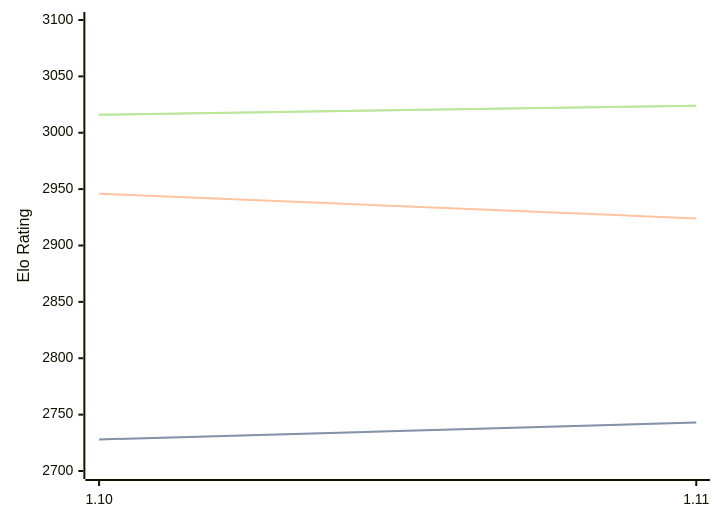
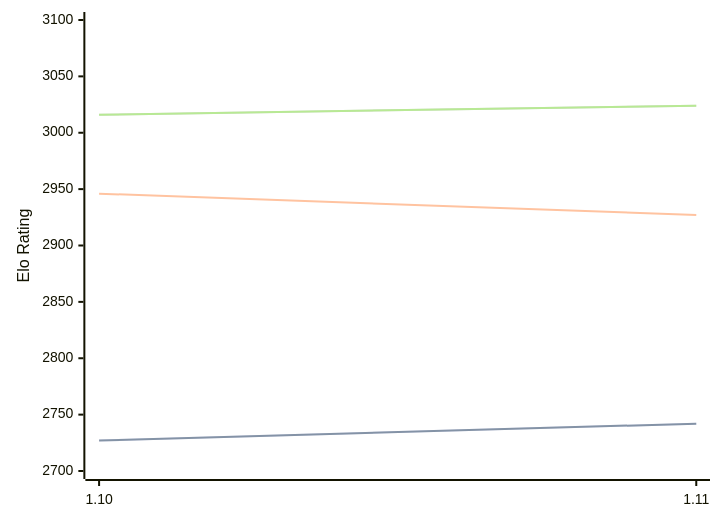
One commit to computer-chess-index/cci changed the first of 3 diagrams in engines/Roc.md. Above: the diagram before and after it, drawn with Mermaid. The commit also changed other lines of this file, not shown here.

````diff
--- a/engines/Roc.md
+++ b/engines/Roc.md
@@ -65,11 +65,11 @@
 ```mermaid
 %%{init: {"theme":"base","themeVariables":{"seriesColors:['#a3a3a3','#222221','#faa371']}}}%%
 xychart-beta
   x-axis ["1.10", "1.11"]
   y-axis "Elo Rating" 2700 --> 3100
-  line "STC (8.0+0.08s)" [2728, 2743]
-  line "STC (8.0+0.08s)" [2728, 2743]
-  line "LTC (60.0+0.60s)" [2946, 2924]
+  line "STC (8.0+0.08s)" [2727, 2742]
+  line "STC (8.0+0.08s)" [2727, 2742]
+  line "LTC (60.0+0.60s)" [2946, 2927]
   line "VLTC (2m24s+1.12s)" [3016, 3024]
   line "VLTC (2m24s+1.12s)" [3016, 3024]
 ```
````
